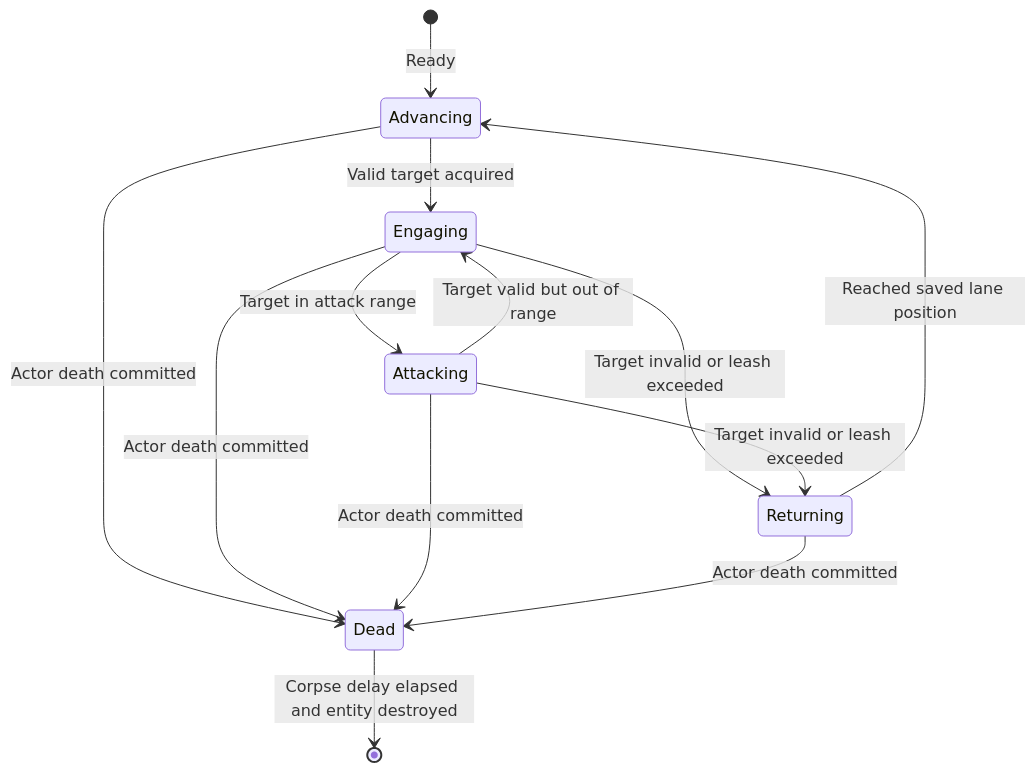
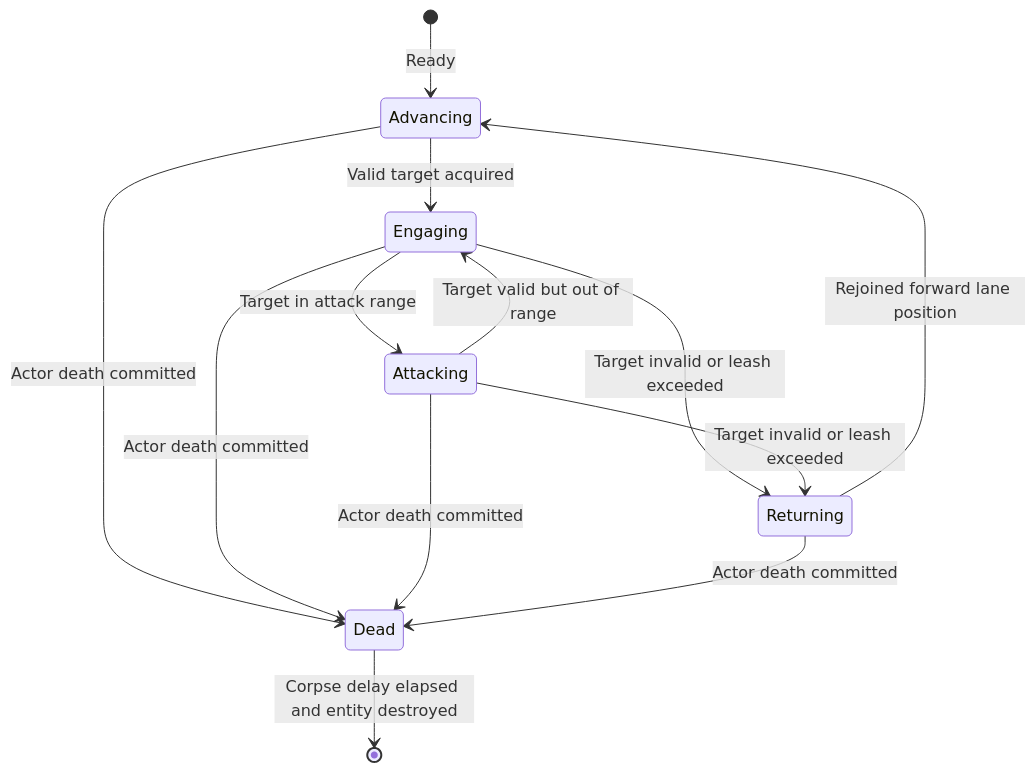
One commit to 12456df/ScifiWorlds changed the first of 3 diagrams in Docs/Systems/M11_MassMinionAICombat.md. Above: the diagram before and after it, drawn with Mermaid. The commit also changed other lines of this file and 54 other files, not shown here.

````diff
--- a/Docs/Systems/M11_MassMinionAICombat.md
+++ b/Docs/Systems/M11_MassMinionAICombat.md
@@ -20,15 +20,15 @@
 ```mermaid
 stateDiagram-v2
     [*] --> Advancing: Ready
     Advancing --> Engaging: Valid target acquired
     Engaging --> Attacking: Target in attack range
     Attacking --> Engaging: Target valid but out of range
     Engaging --> Returning: Target invalid or leash exceeded
     Attacking --> Returning: Target invalid or leash exceeded
-    Returning --> Advancing: Reached saved lane position
+    Returning --> Advancing: Rejoined forward lane position
     Advancing --> Dead: Actor death committed
     Engaging --> Dead: Actor death committed
     Attacking --> Dead: Actor death committed
     Returning --> Dead: Actor death committed
     Dead --> [*]: Corpse delay elapsed and entity destroyed
 ```
````
